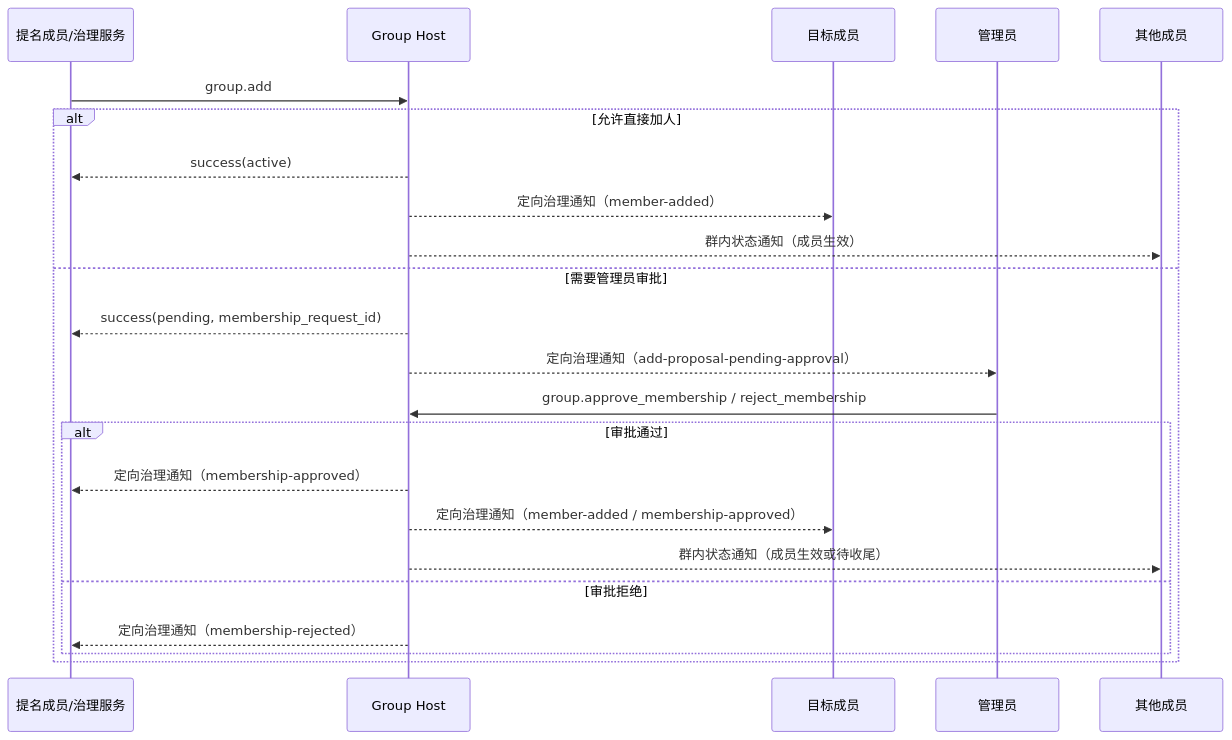
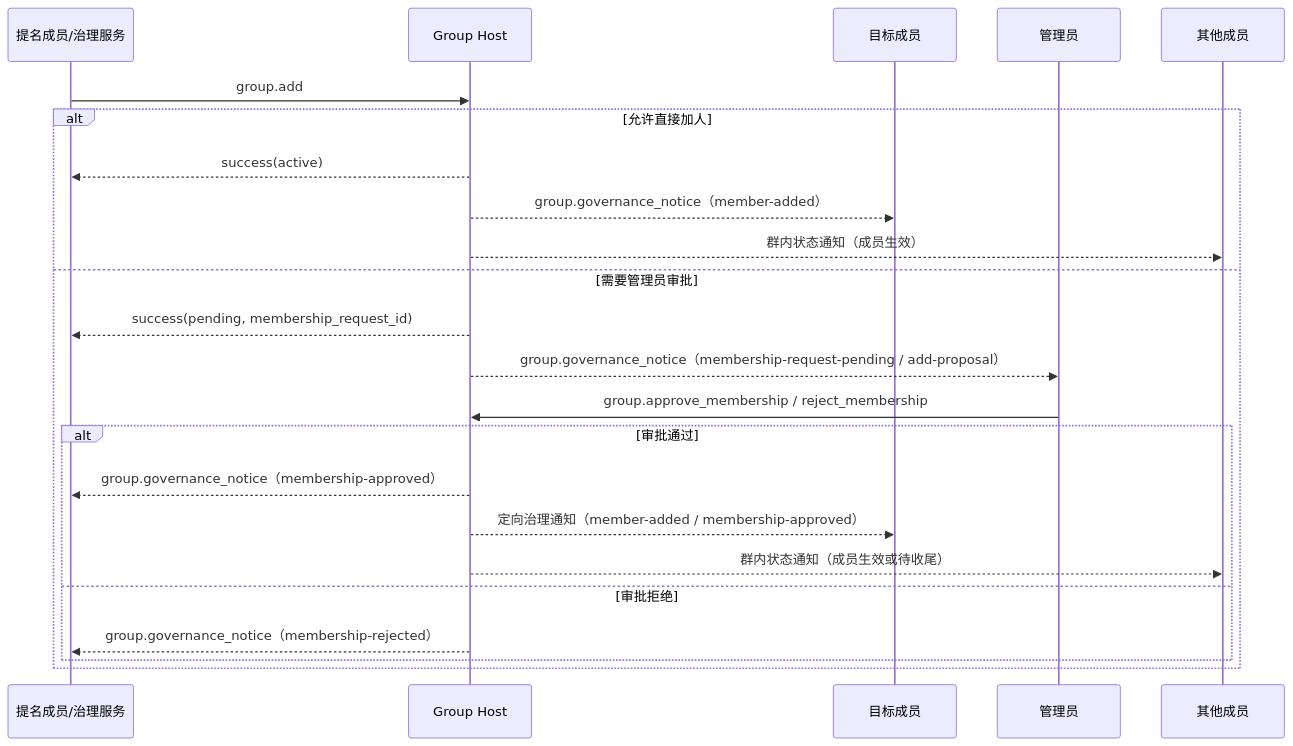
One commit to NeatNerdPrime/AgentNetworkProtocol changed the fourth of 7 diagrams in chinese/message/04-群组基础语义.md. Above: the diagram before and after it, drawn with Mermaid. The commit also changed other lines of this file, not shown here.

Commit message:
update group base

````diff
--- a/chinese/message/04-群组基础语义.md
+++ b/chinese/message/04-群组基础语义.md
@@ -1271,26 +1291,26 @@
 ```mermaid
 sequenceDiagram
     participant Proposer as 提名成员/治理服务
     participant Host as Group Host
     participant Target as 目标成员
     participant Admin as 管理员
     participant Members as 其他成员
 
     Proposer->>Host: group.add
     alt 允许直接加人
         Host-->>Proposer: success(active)
-        Host-->>Target: 定向治理通知（member-added）
+        Host-->>Target: group.governance_notice（member-added）
         Host-->>Members: 群内状态通知（成员生效）
     else 需要管理员审批
         Host-->>Proposer: success(pending, membership_request_id)
-        Host-->>Admin: 定向治理通知（add-proposal-pending-approval）
+        Host-->>Admin: group.governance_notice（membership-request-pending / add-proposal）
         Admin->>Host: group.approve_membership / reject_membership
         alt 审批通过
-            Host-->>Proposer: 定向治理通知（membership-approved）
+            Host-->>Proposer: group.governance_notice（membership-approved）
             Host-->>Target: 定向治理通知（member-added / membership-approved）
             Host-->>Members: 群内状态通知（成员生效或待收尾）
         else 审批拒绝
-            Host-->>Proposer: 定向治理通知（membership-rejected）
+            Host-->>Proposer: group.governance_notice（membership-rejected）
         end
     end
 ```
````
